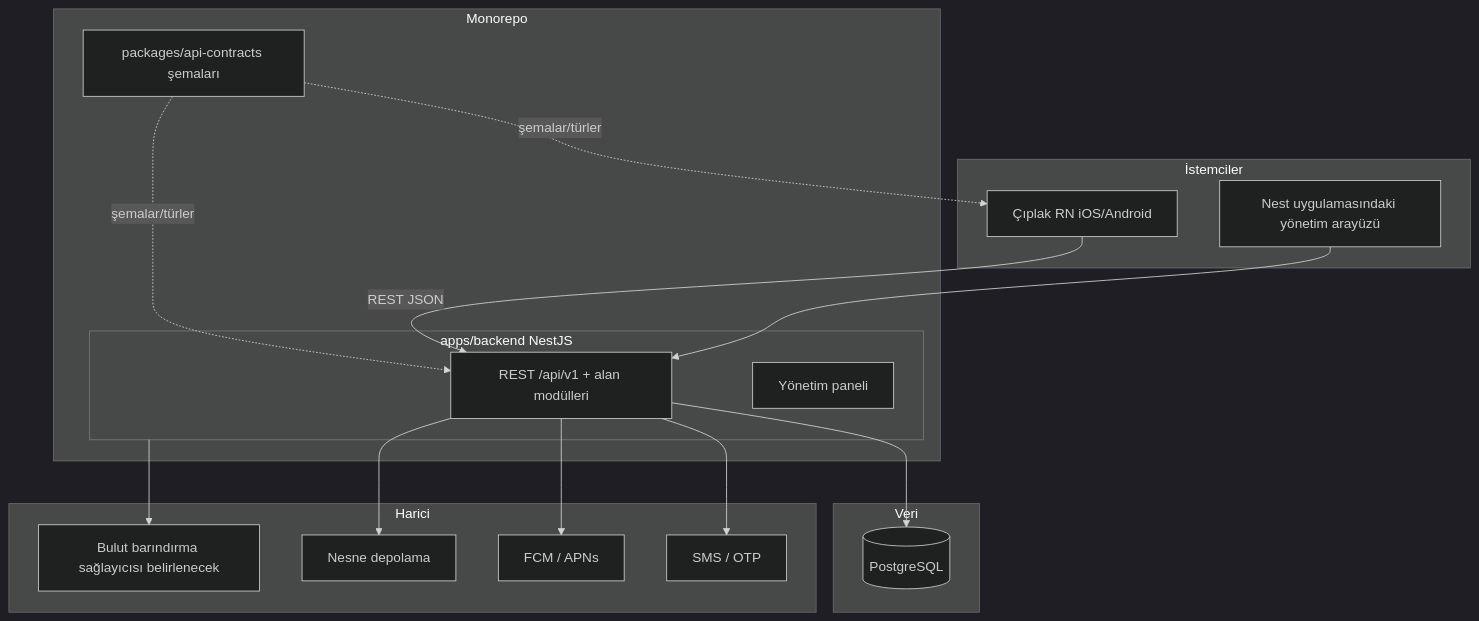
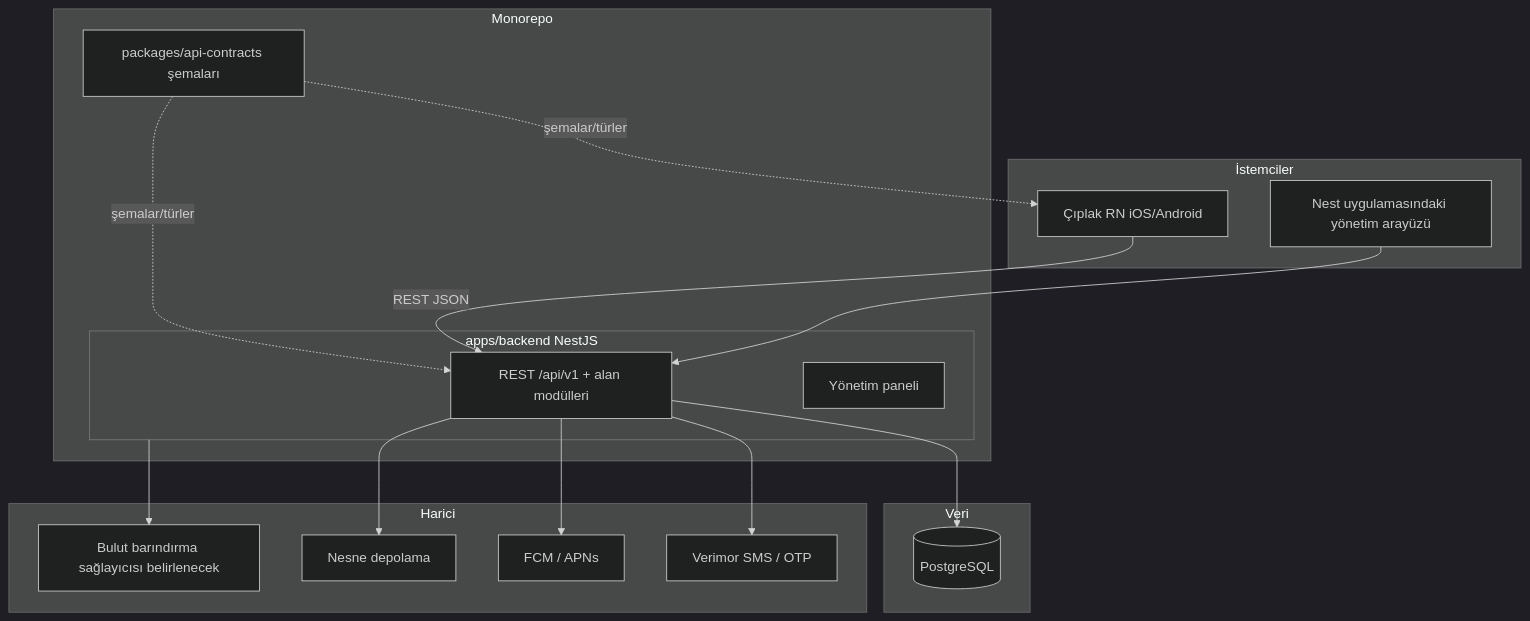
The diagram in PartonYeniMimari/00-product-and-stack.md (suleymanoruc01/newStructure), drawn with Mermaid (dark theme) before and after one commit. The commit also changed 161 other files, not shown here.

First line of the commit message:
feat: take store payments through Adapty and OTP through Verimor

````diff
--- a/PartonYeniMimari/00-product-and-stack.md
+++ b/PartonYeniMimari/00-product-and-stack.md
@@ -91,32 +91,32 @@
 ```mermaid
 flowchart TB
   subgraph clients [İstemciler]
     RN[Çıplak RN iOS/Android]
     Admin[Nest uygulamasındaki yönetim arayüzü]
   end
   subgraph mono [Monorepo]
     subgraph backend [apps/backend NestJS]
       Nest[REST /api/v1 + alan modülleri]
       AdminHost[Yönetim paneli]
     end
     Shared[packages/api-contracts şemaları]
   end
   subgraph data [Veri]
     PG[(PostgreSQL)]
   end
   subgraph edge [Harici]
-    SMS[SMS / OTP]
+    SMS[Verimor SMS / OTP]
     Push[FCM / APNs]
     Obj[Nesne depolama]
     Cloud[Bulut barındırma sağlayıcısı belirlenecek]
   end
   RN -->|REST JSON| Nest
   Shared -.->|şemalar/türler| RN
   Shared -.->|şemalar/türler| Nest
   Admin --> Nest
   Nest --> PG
   Nest --> SMS
   Nest --> Push
   Nest --> Obj
   backend --> Cloud
 ```
````
